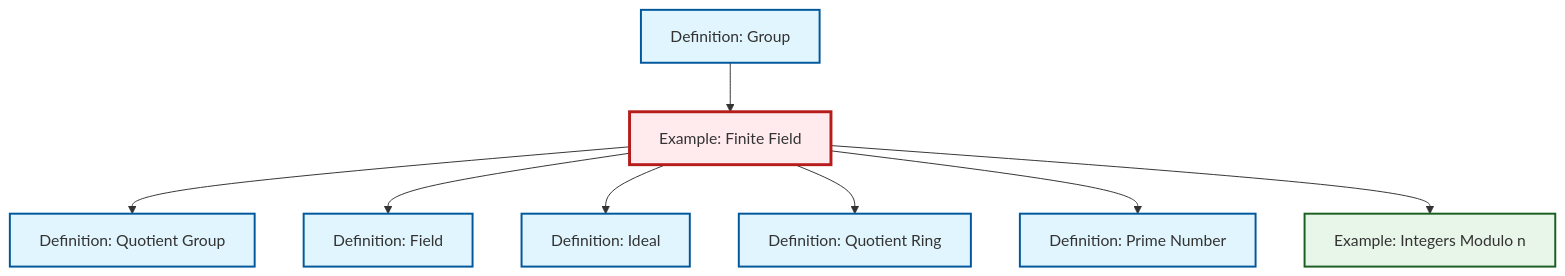
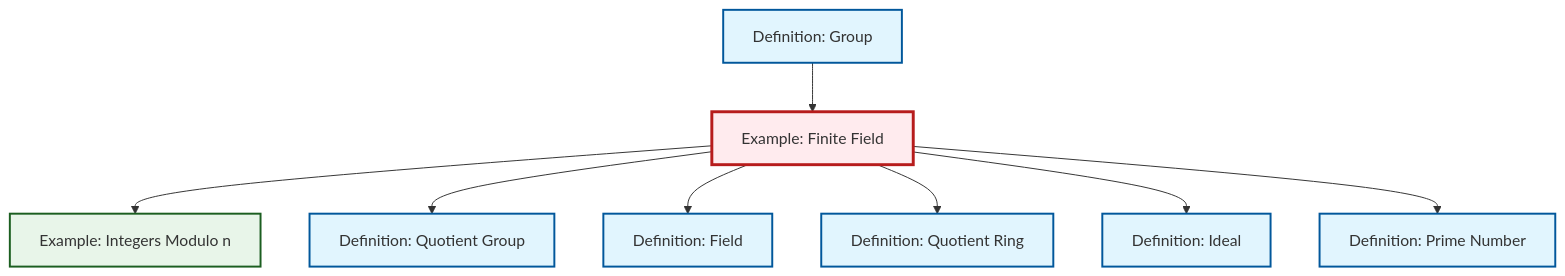
Before and after one commit to RK0429/ModernMath: the diagram in content/en/algebra/ex-finite-field.qmd, drawn with Mermaid. The commit also changed other lines of this file and 672 other files, not shown here.

````diff
--- a/content/en/algebra/ex-finite-field.qmd
+++ b/content/en/algebra/ex-finite-field.qmd
@@ -66,32 +66,32 @@
 ```{mermaid}
 %%| fig-cap: "Local dependency graph"
 graph TD
     classDef definition fill:#e1f5fe,stroke:#01579b,stroke-width:2px
     classDef theorem fill:#f3e5f5,stroke:#4a148c,stroke-width:2px
     classDef axiom fill:#fff3e0,stroke:#e65100,stroke-width:2px
     classDef example fill:#e8f5e9,stroke:#1b5e20,stroke-width:2px
     classDef current fill:#ffebee,stroke:#b71c1c,stroke-width:3px
-    def-field["Definition: Field"]:::definition
+    def-quotient-group["Definition: Quotient Group"]:::definition
+    ex-quotient-integers-mod-n["Example: Integers Modulo n"]:::example
+    def-quotient-ring["Definition: Quotient Ring"]:::definition
     def-ideal["Definition: Ideal"]:::definition
-    ex-finite-field["Example: Finite Field"]:::example
-    def-quotient-ring["Definition: Quotient Ring"]:::definition
-    def-quotient-group["Definition: Quotient Group"]:::definition
     def-prime["Definition: Prime Number"]:::definition
     def-group["Definition: Group"]:::definition
-    ex-quotient-integers-mod-n["Example: Integers Modulo n"]:::example
+    def-field["Definition: Field"]:::definition
+    ex-finite-field["Example: Finite Field"]:::example
+    ex-finite-field --> ex-quotient-integers-mod-n
     ex-finite-field --> def-quotient-group
     def-group --> ex-finite-field
     ex-finite-field --> def-field
+    ex-finite-field --> def-quotient-ring
     ex-finite-field --> def-ideal
-    ex-finite-field --> def-quotient-ring
     ex-finite-field --> def-prime
-    ex-finite-field --> ex-quotient-integers-mod-n
     class ex-finite-field current
-    click def-field "def-field.html" "Go to Field definition"
+    click def-quotient-group "def-quotient-group.html" "Go to Quotient Group definition"
+    click ex-quotient-integers-mod-n "ex-quotient-integers-mod-n.html" "Go to Integers Modulo n example"
+    click def-quotient-ring "def-quotient-ring.html" "Go to Quotient Ring definition"
     click def-ideal "def-ideal.html" "Go to Ideal definition"
-    click def-quotient-ring "def-quotient-ring.html" "Go to Quotient Ring definition"
-    click def-quotient-group "def-quotient-group.html" "Go to Quotient Group definition"
     click def-prime "def-prime.html" "Go to Prime Number definition"
     click def-group "def-group.html" "Go to Group definition"
-    click ex-quotient-integers-mod-n "ex-quotient-integers-mod-n.html" "Go to Integers Modulo n example"
+    click def-field "def-field.html" "Go to Field definition"
 ```
````
